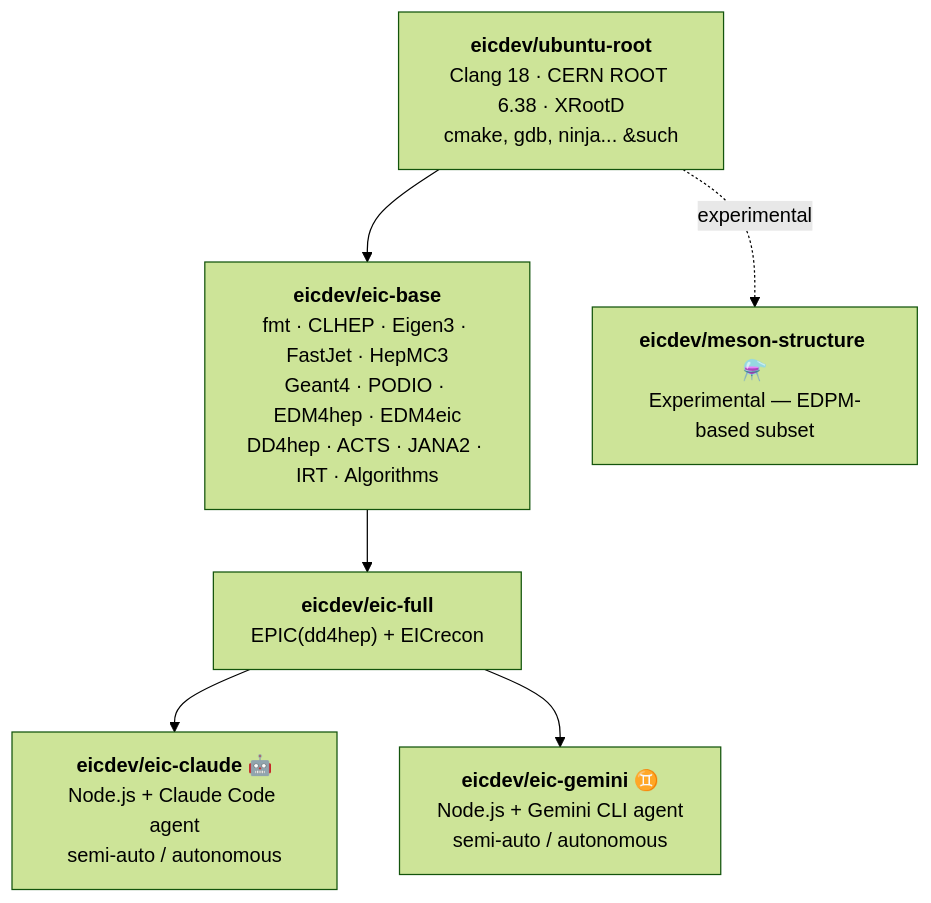
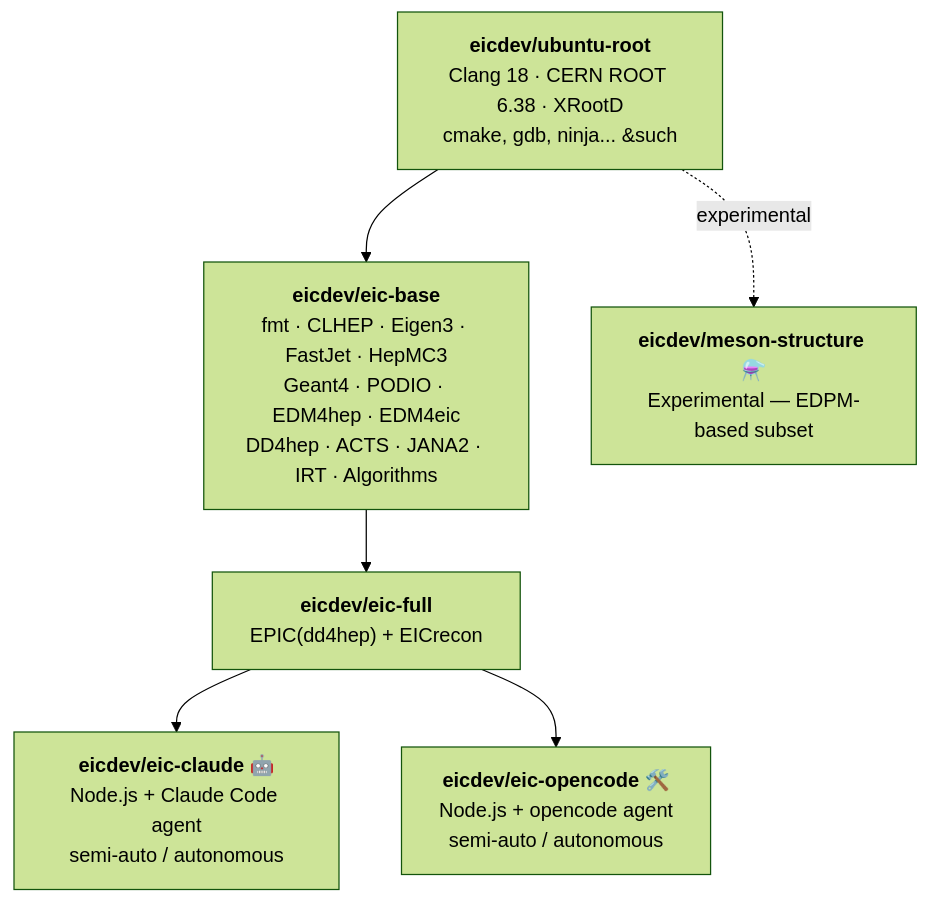
Before and after one commit to JeffersonLab/eicdev-containers: the diagram in README.md, drawn with Mermaid (forest theme). The commit also changed other lines of this file and 6 other files, not shown here.

First line of the commit message:
Replace eic-gemini with eic-opencode agent container

````diff
--- a/README.md
+++ b/README.md
@@ -14,17 +14,17 @@
 ```mermaid
 graph TD
     
     B["<b>eicdev/ubuntu-root</b><br/>Clang 18 · CERN ROOT 6.38 · XRootD<br/>cmake, gdb, ninja... &such"]
     C["<b>eicdev/eic-base</b><br/>fmt · CLHEP · Eigen3 · FastJet · HepMC3<br/>Geant4 · PODIO · EDM4hep · EDM4eic<br/>DD4hep · ACTS · JANA2 · IRT · Algorithms"]
     D["<b>eicdev/eic-full</b><br/>EPIC(dd4hep) + EICrecon"]
     E["<b>eicdev/eic-claude</b> 🤖<br/>Node.js + Claude Code agent<br/>semi-auto / autonomous"]
-    G["<b>eicdev/eic-gemini</b> ♊<br/>Node.js + Gemini CLI agent<br/>semi-auto / autonomous"]
+    G["<b>eicdev/eic-opencode</b> 🛠️<br/>Node.js + opencode agent<br/>semi-auto / autonomous"]
     F["<b>eicdev/meson-structure</b> ⚗️<br/>Experimental — EDPM-based subset"]
 
     
     B --> C
     C --> D
     D --> E
     D --> G
     B -.->|experimental| F
 ```
````
